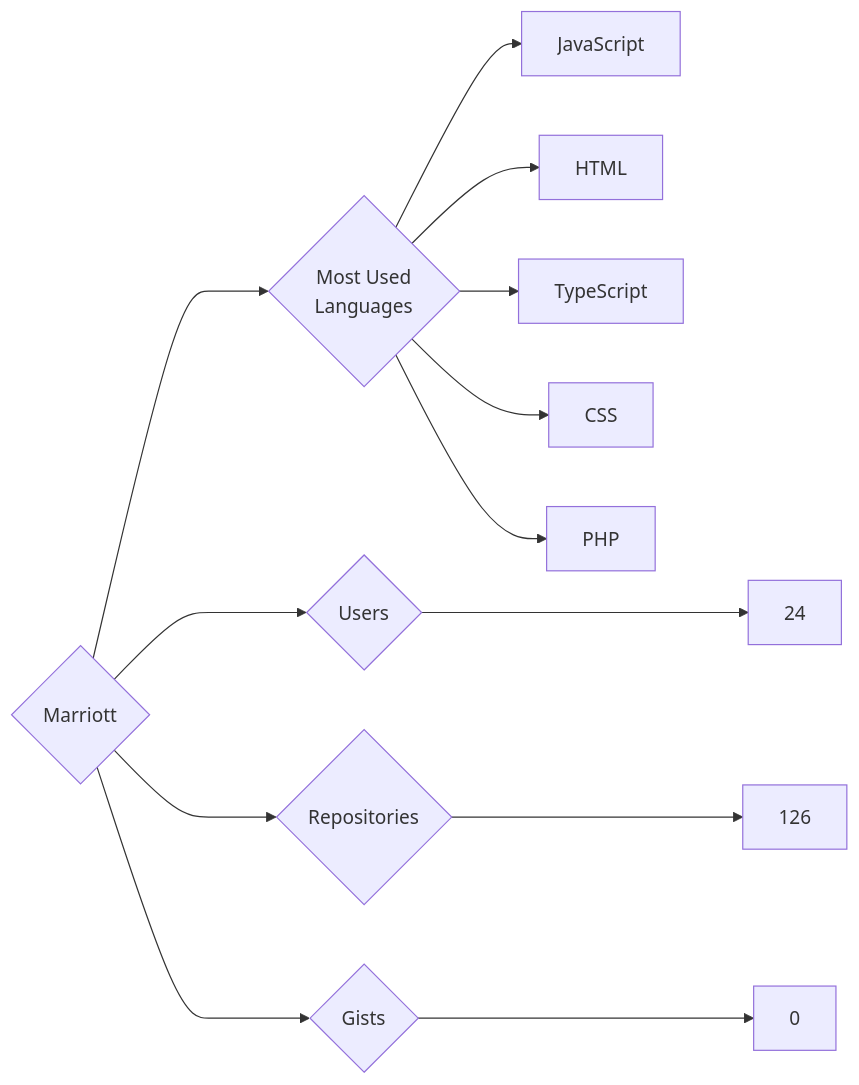
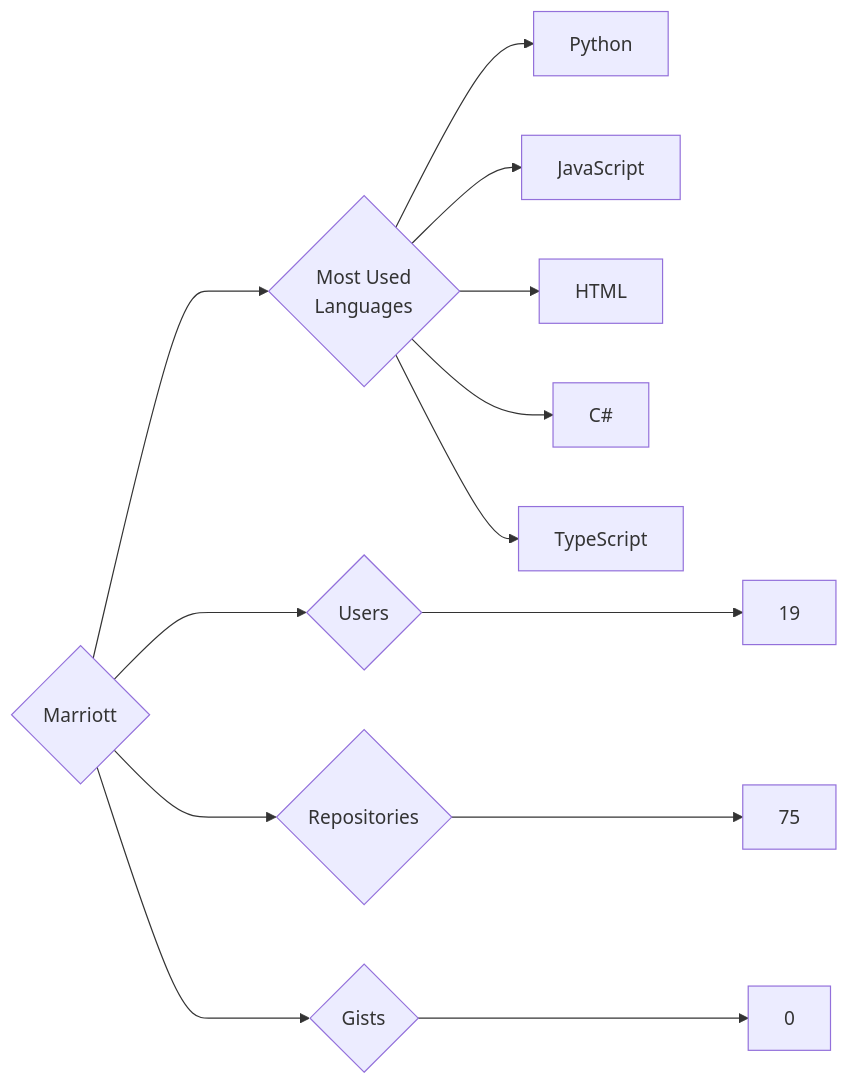
One commit to trickest/insiders changed the diagram in targets/Marriott/README.md. Above: the diagram before and after it, drawn with Mermaid. The commit also changed 984 other files, not shown here.

````diff
--- a/targets/Marriott/README.md
+++ b/targets/Marriott/README.md
@@ -3,13 +3,13 @@
 ```mermaid
 graph LR
 COMPANY_NAME{Marriott}
-COMPANY_NAME ---> U{Users} ---> UN[24]
-COMPANY_NAME ---> R{Repositories} ---> RN[126]
+COMPANY_NAME ---> U{Users} ---> UN[19]
+COMPANY_NAME ---> R{Repositories} ---> RN[75]
 COMPANY_NAME ---> G{Gists} ---> GN[0]
 COMPANY_NAME ---> ML{Most Used<br>Languages}
+ML --> Python[Python]
 ML --> JavaScript[JavaScript]
 ML --> HTML[HTML]
+ML --> C#[C#]
 ML --> TypeScript[TypeScript]
-ML --> CSS[CSS]
-ML --> PHP[PHP]
 ```
````
